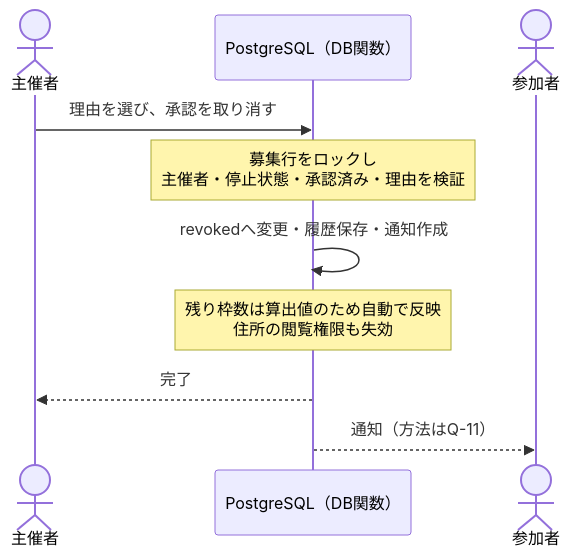
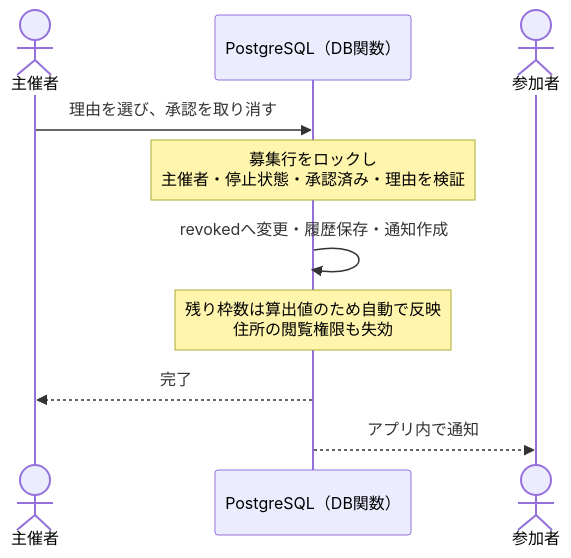
One commit to sysnovastudio-byte/nagoya-volleyball-matching changed the sixth of 8 diagrams in docs/07_システムアーキテクチャ.md. Above: the diagram before and after it, drawn with Mermaid. The commit also changed other lines of this file and 10 other files, not shown here.

````diff
--- a/docs/07_システムアーキテクチャ.md
+++ b/docs/07_システムアーキテクチャ.md
@@ -144,12 +147,12 @@
 ```mermaid
 sequenceDiagram
     actor H as 主催者
     participant D as PostgreSQL（DB関数）
     actor P as 参加者
     H->>D: 理由を選び、承認を取り消す
     Note over D: 募集行をロックし<br/>主催者・停止状態・承認済み・理由を検証
     D->>D: revokedへ変更・履歴保存・通知作成
     Note over D: 残り枠数は算出値のため自動で反映<br/>住所の閲覧権限も失効
     D-->>H: 完了
-    D-->>P: 通知（方法はQ-11）
+    D-->>P: アプリ内で通知
 ```
````
